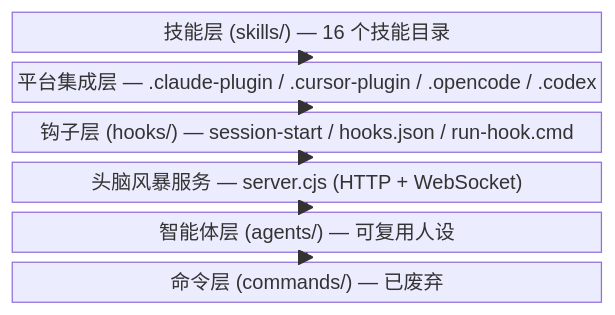
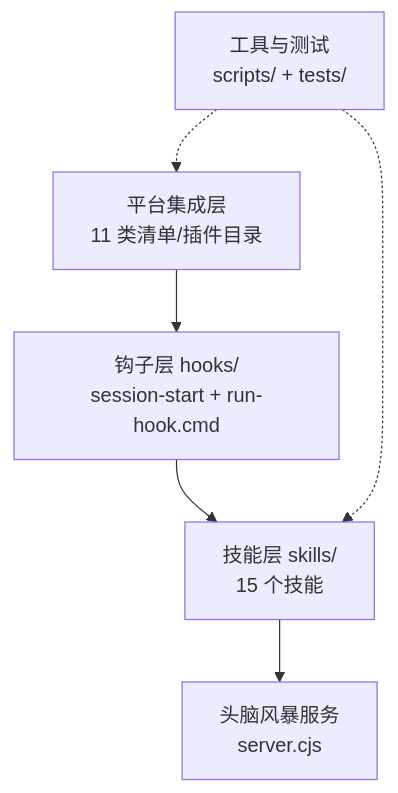
Before and after one commit to yongnianliu/superpowers: the second of 5 diagrams in docs/zh/02-architecture.md, drawn with Mermaid. The commit also changed other lines of this file and 12 other files, not shown here.

````diff
--- a/docs/zh/02-architecture.md
+++ b/docs/zh/02-architecture.md
@@ -71,16 +99,14 @@
 ```mermaid
-block-beta
-    columns 1
-    A["技能层 (skills/) — 16 个技能目录"]
-    B["平台集成层 — .claude-plugin / .cursor-plugin / .opencode / .codex"]
-    C["钩子层 (hooks/) — session-start / hooks.json / run-hook.cmd"]
-    D["头脑风暴服务 — server.cjs (HTTP + WebSocket)"]
-    E["智能体层 (agents/) — 可复用人设"]
-    F["命令层 (commands/) — 已废弃"]
+graph TB
+    A["技能层 skills/<br/>15 个技能"]
+    B["钩子层 hooks/<br/>session-start + run-hook.cmd"]
+    C["平台集成层<br/>11 类清单/插件目录"]
+    D["头脑风暴服务<br/>server.cjs"]
+    E["工具与测试<br/>scripts/ + tests/"]
 
-    A --> B
-    B --> C
-    C --> D
-    D --> E
-    E --> F
+    C --> B
+    B --> A
+    A --> D
+    E -.-> A
+    E -.-> C
 ```
````
